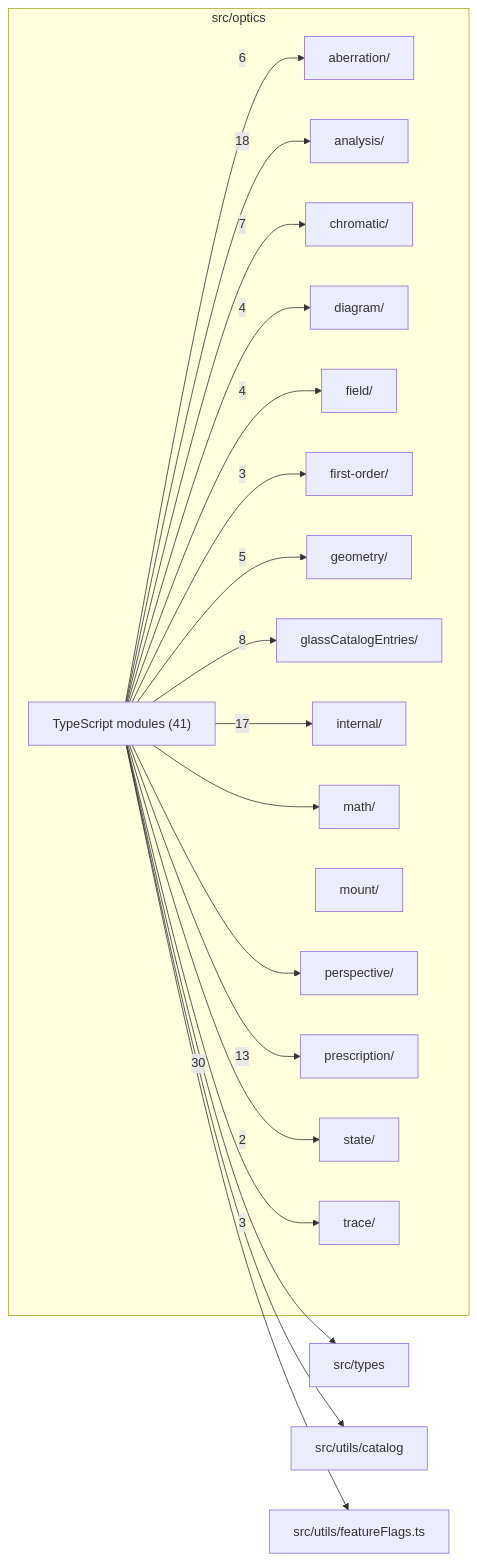
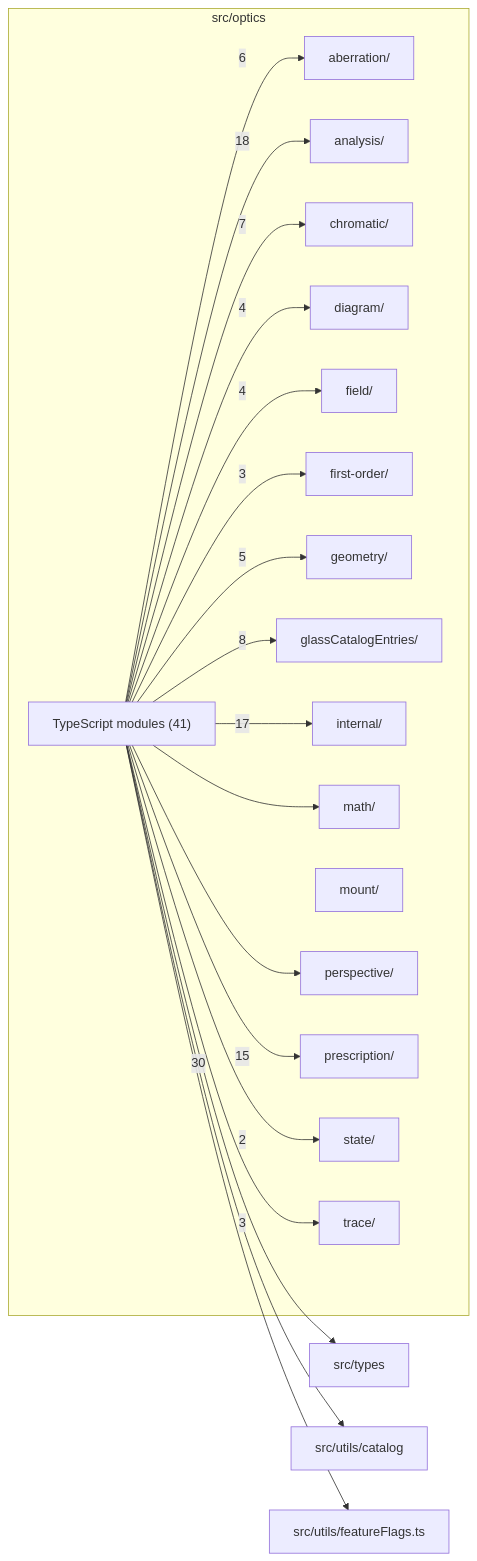
One commit to BeamFour/LensVisualizer changed the diagram in src/optics/readme.md. Above: the diagram before and after it, drawn with Mermaid. The commit also changed other lines of this file and 31 other files, not shown here.

````diff
--- a/src/optics/readme.md
+++ b/src/optics/readme.md
@@ -9,41 +9,41 @@
 ```mermaid
 flowchart LR
   subgraph n_src_optics["src/optics"]
     n_src_optics_src_optics_aberration["aberration/"]
     n_src_optics_src_optics_analysis["analysis/"]
     n_src_optics_src_optics_chromatic["chromatic/"]
     n_src_optics_src_optics_diagram["diagram/"]
     n_src_optics_src_optics_field["field/"]
     n_src_optics_src_optics_first_order["first-order/"]
     n_src_optics_src_optics_geometry["geometry/"]
     n_src_optics_src_optics_glassCatalogEntries["glassCatalogEntries/"]
     n_src_optics_src_optics_internal["internal/"]
     n_src_optics_src_optics_math["math/"]
     n_src_optics_src_optics_mount["mount/"]
     n_src_optics_src_optics_perspective["perspective/"]
     n_src_optics_src_optics_prescription["prescription/"]
     n_src_optics_src_optics_state["state/"]
     n_src_optics_src_optics_trace["trace/"]
     n_src_optics_TypeScript_modules["TypeScript modules (41)"]
   end
   n_external_src_types["src/types"]
   n_external_src_utils_catalog["src/utils/catalog"]
   n_external_src_utils_featureFlags_ts["src/utils/featureFlags.ts"]
   n_src_optics_TypeScript_modules --> |30| n_external_src_types
   n_src_optics_TypeScript_modules --> |18| n_src_optics_src_optics_analysis
   n_src_optics_TypeScript_modules --> |17| n_src_optics_src_optics_internal
-  n_src_optics_TypeScript_modules --> |13| n_src_optics_src_optics_prescription
+  n_src_optics_TypeScript_modules --> |15| n_src_optics_src_optics_prescription
   n_src_optics_TypeScript_modules --> |8| n_src_optics_src_optics_glassCatalogEntries
   n_src_optics_TypeScript_modules --> |7| n_src_optics_src_optics_chromatic
   n_src_optics_TypeScript_modules --> |6| n_src_optics_src_optics_aberration
   n_src_optics_TypeScript_modules --> |5| n_src_optics_src_optics_geometry
   n_src_optics_TypeScript_modules --> |4| n_src_optics_src_optics_diagram
   n_src_optics_TypeScript_modules --> |4| n_src_optics_src_optics_field
   n_src_optics_TypeScript_modules --> |3| n_src_optics_src_optics_first_order
   n_src_optics_TypeScript_modules --> |3| n_src_optics_src_optics_trace
   n_src_optics_TypeScript_modules --> |2| n_src_optics_src_optics_state
   n_src_optics_TypeScript_modules --> n_external_src_utils_catalog
   n_src_optics_TypeScript_modules --> n_external_src_utils_featureFlags_ts
   n_src_optics_TypeScript_modules --> n_src_optics_src_optics_math
   n_src_optics_TypeScript_modules --> n_src_optics_src_optics_perspective
 ```
````
